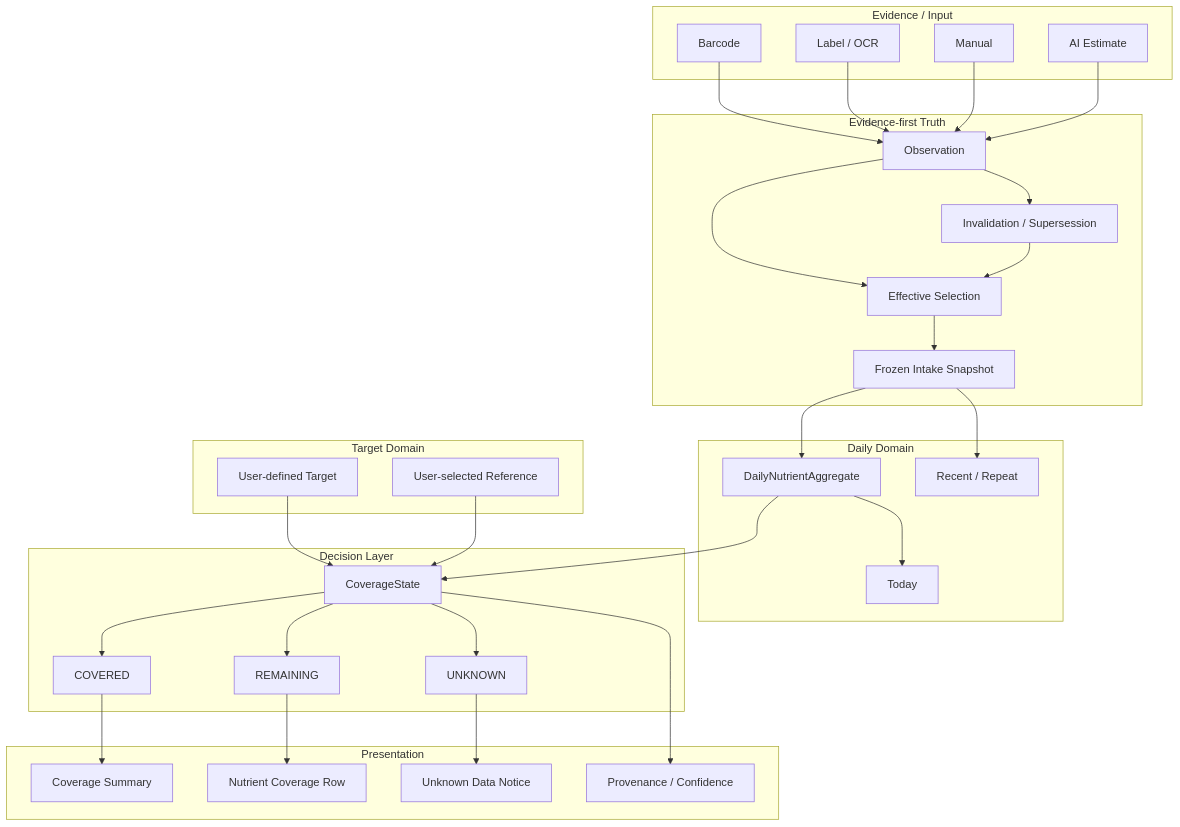
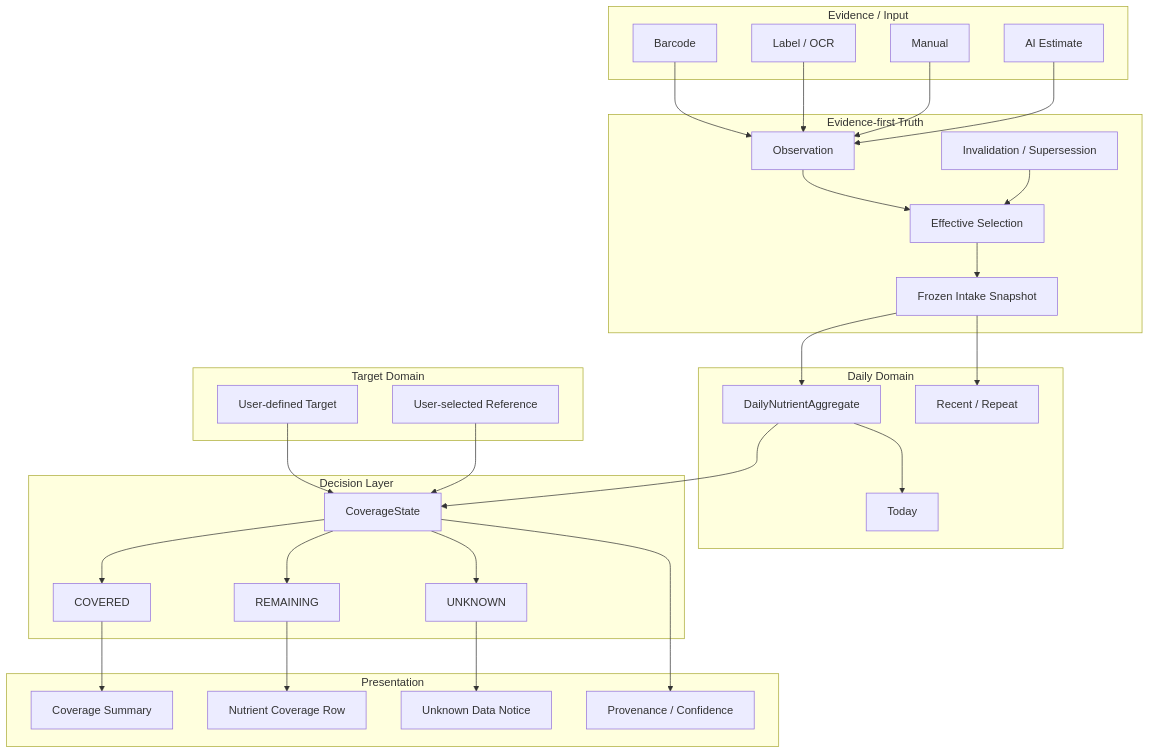
The third of 4 diagrams in docs/architecture/2026-09-18-nutrition-current-vs-ideal-architecture.md (EOMZON/nutrition-ledger-mvp), drawn with Mermaid before and after one commit. The commit also changed other lines of this file, not shown here.

Commit message:
docs: refresh Nutrition current-to-ideal architecture

````diff
--- a/docs/architecture/2026-09-18-nutrition-current-vs-ideal-architecture.md
+++ b/docs/architecture/2026-09-18-nutrition-current-vs-ideal-architecture.md
@@ -140,68 +157,62 @@
 ```mermaid
 flowchart TB
     subgraph Evidence["Evidence / Input"]
         E1["Barcode"]
         E2["Label / OCR"]
         E3["Manual"]
         E4["AI Estimate"]
     end
 
     subgraph Truth["Evidence-first Truth"]
         O["Observation"]
         Inv["Invalidation / Supersession"]
         S["Effective Selection"]
         I["Frozen Intake Snapshot"]
     end
 
     subgraph Daily["Daily Domain"]
         Agg["DailyNutrientAggregate"]
         Recent["Recent / Repeat"]
         T["Today"]
     end
 
     subgraph Target["Target Domain"]
         UserTarget["User-defined Target"]
         RefTarget["User-selected Reference"]
     end
 
     subgraph Coverage["Decision Layer"]
         CS["CoverageState"]
         Covered["COVERED"]
         Remaining["REMAINING"]
         Unknown["UNKNOWN"]
     end
 
     subgraph UI["Presentation"]
         Summary["Coverage Summary"]
         Rows["Nutrient Coverage Row"]
         UnknownNotice["Unknown Data Notice"]
         Source["Provenance / Confidence"]
     end
 
     E1 --> O
     E2 --> O
     E3 --> O
     E4 --> O
-
-    O --> Inv
     O --> S
     Inv --> S
     S --> I
-
     I --> Agg
     I --> Recent
     Agg --> T
-
     UserTarget --> CS
     RefTarget --> CS
     Agg --> CS
-
     CS --> Covered
     CS --> Remaining
     CS --> Unknown
-
     Covered --> Summary
     Remaining --> Rows
     Unknown --> UnknownNotice
     CS --> Source
 ```
````
